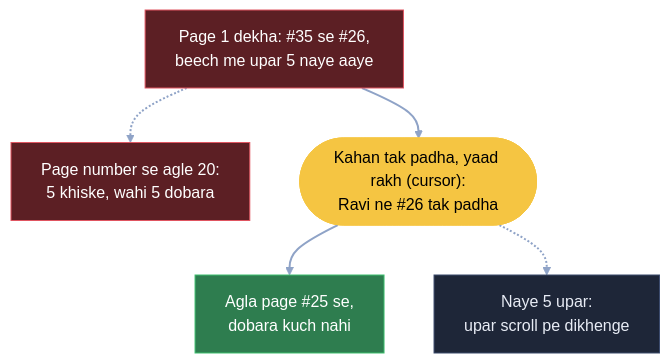
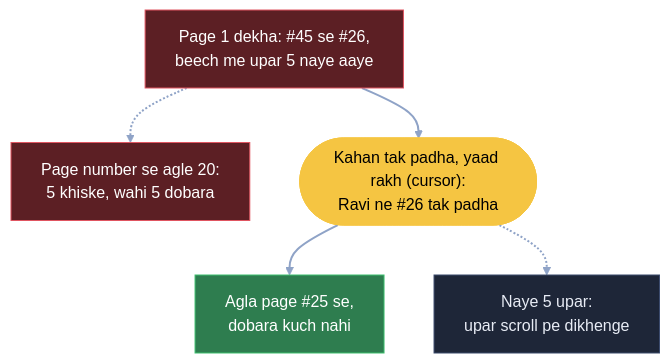
Diagram 18 of 18 in 04_HLD/SYSTEM_DESIGNS/03_twitter_feed/03_twitter_feed.md (ArpanMaheshwari144/Prep), drawn with Mermaid (neutral theme) before and after one commit. The commit also changed other lines of this file and 18 other files, not shown here.

Commit message:
HLD audit: chhoti galtiyan (LRU matlab, John, page 20, Akamai, Rewari, chain kram, bold, date tag, inventory 7 footer ke upar)

````diff
--- a/04_HLD/SYSTEM_DESIGNS/03_twitter_feed/03_twitter_feed.md
+++ b/04_HLD/SYSTEM_DESIGNS/03_twitter_feed/03_twitter_feed.md
@@ -612,17 +612,17 @@
 ```mermaid
 flowchart TB
-    X["Page 1 dekha: #35 se #26,<br/>beech me upar 5 naye aaye"]:::bad
+    X["Page 1 dekha: #45 se #26,<br/>beech me upar 5 naye aaye"]:::bad
     O["Page number se agle 20:<br/>5 khiske, wahi 5 dobara"]:::bad
     CR(["Kahan tak padha, yaad rakh (cursor):<br/>Ravi ne #26 tak padha"]):::pill
     N["Agla page #25 se,<br/>dobara kuch nahi"]:::good
     U["Naye 5 upar:<br/>upar scroll pe dikhenge"]:::card
     X -.-> O
     X --> CR
     CR --> N
     CR -.-> U
     linkStyle default stroke:#8fa3c7,stroke-width:2px
     classDef card fill:#1e2638,stroke:#3a4a6b,color:#e8ecf5
     classDef pill fill:#f5c542,stroke:#f5c542,color:#000
     classDef good fill:#2e7d4f,stroke:#3fbf6f,color:#fff
     classDef bad fill:#5c1f24,stroke:#e05561,color:#fff
 ```
````
